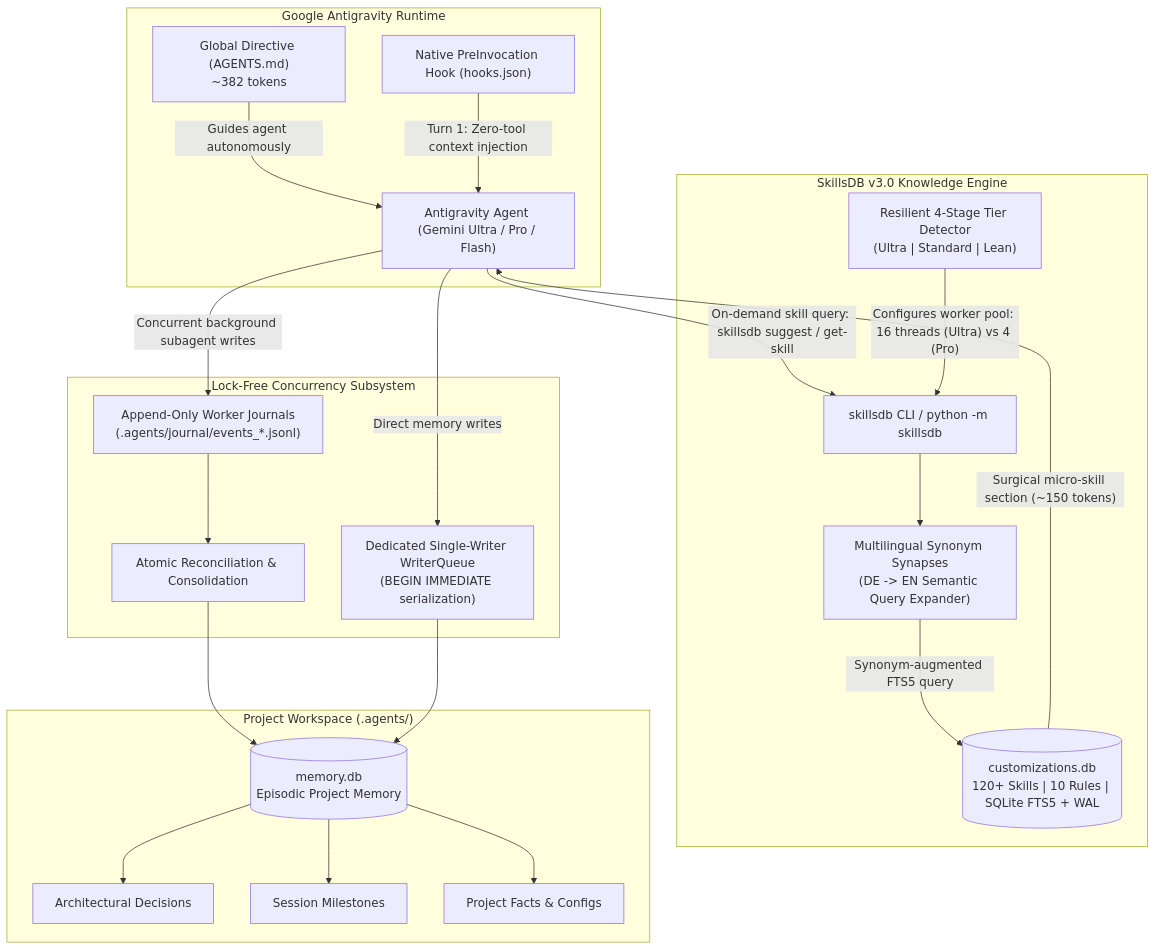
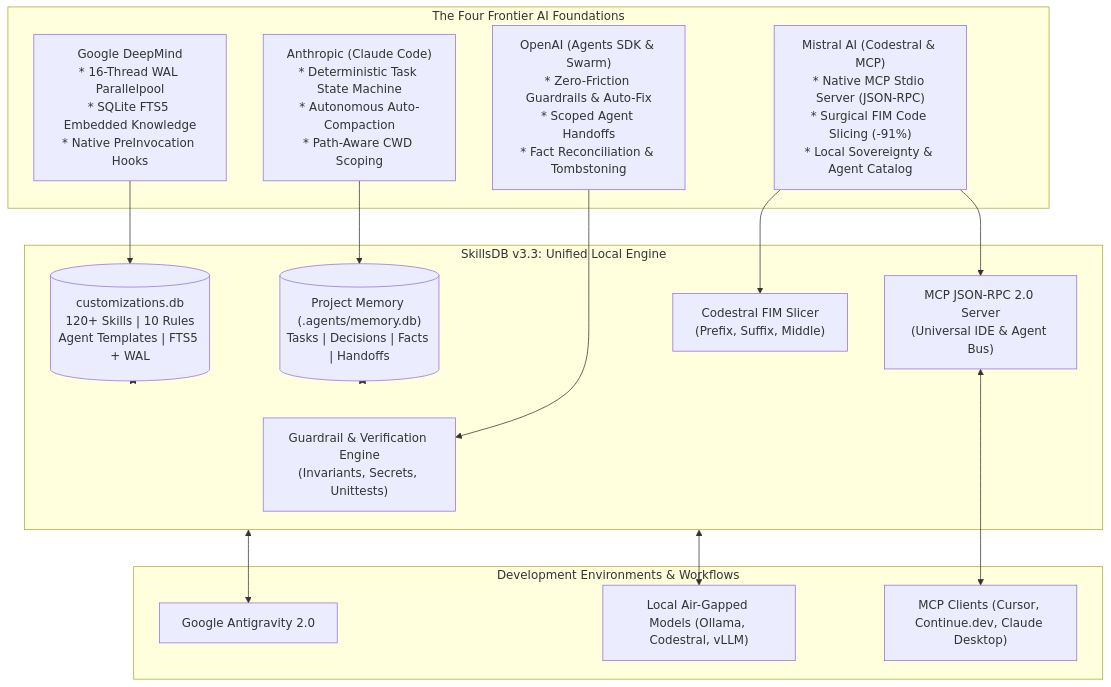
The first of 5 diagrams in README.md (scorpion421/skillsdb), drawn with Mermaid before and after one commit. The commit also changed other lines of this file, not shown here.

Commit message:
docs: complete overhaul of README for Quad-AI Architecture and live benchmarks

````diff
--- a/README.md
+++ b/README.md
@@ -60,44 +45,35 @@
 ```mermaid
 flowchart TD
-    subgraph AntigravityRuntime ["Google Antigravity Runtime"]
-        Agent["Antigravity Agent (Gemini Ultra / Pro / Flash)"]
-        Directive["Global Directive (AGENTS.md)\n~382 tokens"]
-        Hook["Native PreInvocation Hook (hooks.json)"]
+    subgraph FrontierAI ["The Four Frontier AI Foundations"]
+        G["Google DeepMind\n* 16-Thread WAL Parallelpool\n* SQLite FTS5 Embedded Knowledge\n* Native PreInvocation Hooks"]
+        A["Anthropic (Claude Code)\n* Deterministic Task State Machine\n* Autonomous Auto-Compaction\n* Path-Aware CWD Scoping"]
+        O["OpenAI (Agents SDK & Swarm)\n* Zero-Friction Guardrails & Auto-Fix\n* Scoped Agent Handoffs\n* Fact Reconciliation & Tombstoning"]
+        M["Mistral AI (Codestral & MCP)\n* Native MCP Stdio Server (JSON-RPC)\n* Surgical FIM Code Slicing (-91%)\n* Local Sovereignty & Agent Catalog"]
     end
 
-    subgraph SkillsDBEngine ["SkillsDB v3.0 Knowledge Engine"]
-        CLI["skillsdb CLI / python -m skillsdb"]
-        Synapses["Multilingual Synonym Synapses\n(DE -> EN Semantic Query Expander)"]
-        CentralDB[("customizations.db\n120+ Skills | 10 Rules | SQLite FTS5 + WAL")]
-        Detector["Resilient 4-Stage Tier Detector\n(Ultra | Standard | Lean)"]
+    subgraph SkillsDBEngine ["SkillsDB v3.3: Unified Local Engine"]
+        CentralDB[("customizations.db\n120+ Skills | 10 Rules\nAgent Templates | FTS5 + WAL")]
+        ProjectMem[("Project Memory (.agents/memory.db)\nTasks | Decisions | Facts | Handoffs")]
+        GuardEngine["Guardrail & Verification Engine\n(Invariants, Secrets, Unittests)"]
+        FIMEngine["Codestral FIM Slicer\n(Prefix, Suffix, Middle)"]
+        MCPServer["MCP JSON-RPC 2.0 Server\n(Universal IDE & Agent Bus)"]
     end
 
-    subgraph ConcurrencySubsystem ["Lock-Free Concurrency Subsystem"]
-        WQ["Dedicated Single-Writer WriterQueue\n(BEGIN IMMEDIATE serialization)"]
-        Journals["Append-Only Worker Journals\n(.agents/journal/events_*.jsonl)"]
-        Flush["Atomic Reconciliation & Consolidation"]
+    subgraph Workflows ["Development Environments & Workflows"]
+        AGY["Google Antigravity 2.0"]
+        EXT["MCP Clients (Cursor, Continue.dev, Claude Desktop)"]
+        LOCAL["Local Air-Gapped Models (Ollama, Codestral, vLLM)"]
     end
 
-    subgraph ProjectWorkspace ["Project Workspace (.agents/)"]
-        MemDB[("memory.db\nEpisodic Project Memory")]
-        Decisions["Architectural Decisions"]
-        Snapshots["Session Milestones"]
-        Facts["Project Facts & Configs"]
-    end
+    G --> CentralDB
+    A --> ProjectMem
+    O --> GuardEngine
+    M --> FIMEngine
+    M --> MCPServer
 
-    Directive -->|"Guides agent autonomously"| Agent
-    Hook -->|"Turn 1: Zero-tool context injection"| Agent
-    Agent -->|"On-demand skill query: skillsdb suggest / get-skill"| CLI
-    CLI --> Synapses
-    Synapses -->|"Synonym-augmented FTS5 query"| CentralDB
-    CentralDB -->|"Surgical micro-skill section (~150 tokens)"| Agent
-    Detector -->|"Configures worker pool: 16 threads (Ultra) vs 4 (Pro)"| CLI
-    Agent -->|"Concurrent background subagent writes"| Journals
-    Journals --> Flush
-    Flush --> MemDB
-    Agent -->|"Direct memory writes"| WQ
-    WQ --> MemDB
-    MemDB --> Decisions
-    MemDB --> Snapshots
-    MemDB --> Facts
+    CentralDB <--> SkillsDBEngine
+    ProjectMem <--> SkillsDBEngine
+    SkillsDBEngine <--> AGY
+    MCPServer <--> EXT
+    SkillsDBEngine <--> LOCAL
 ```
````
